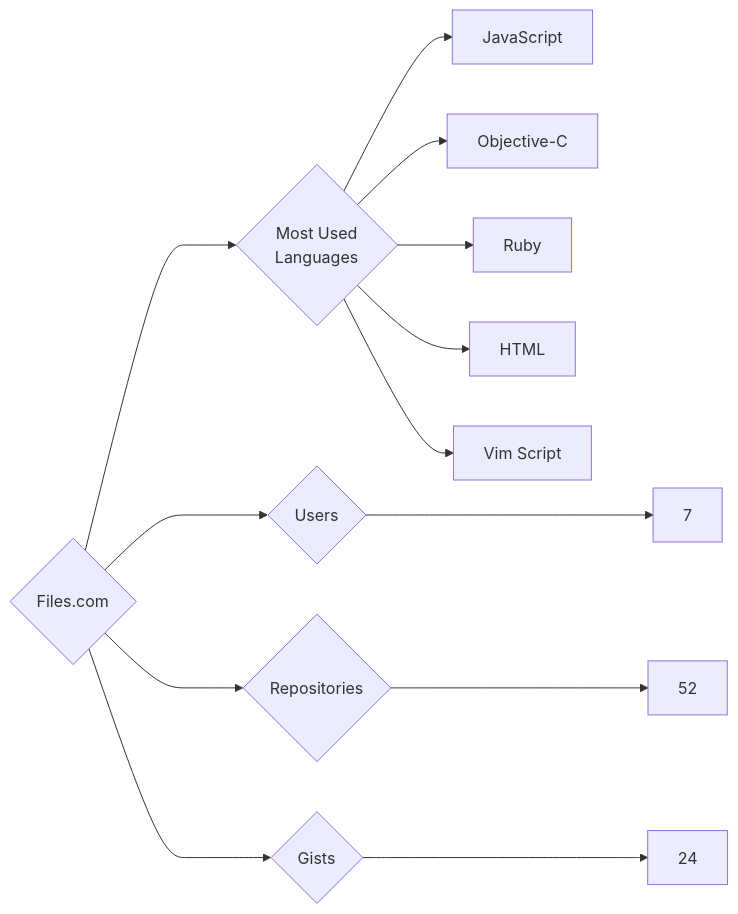
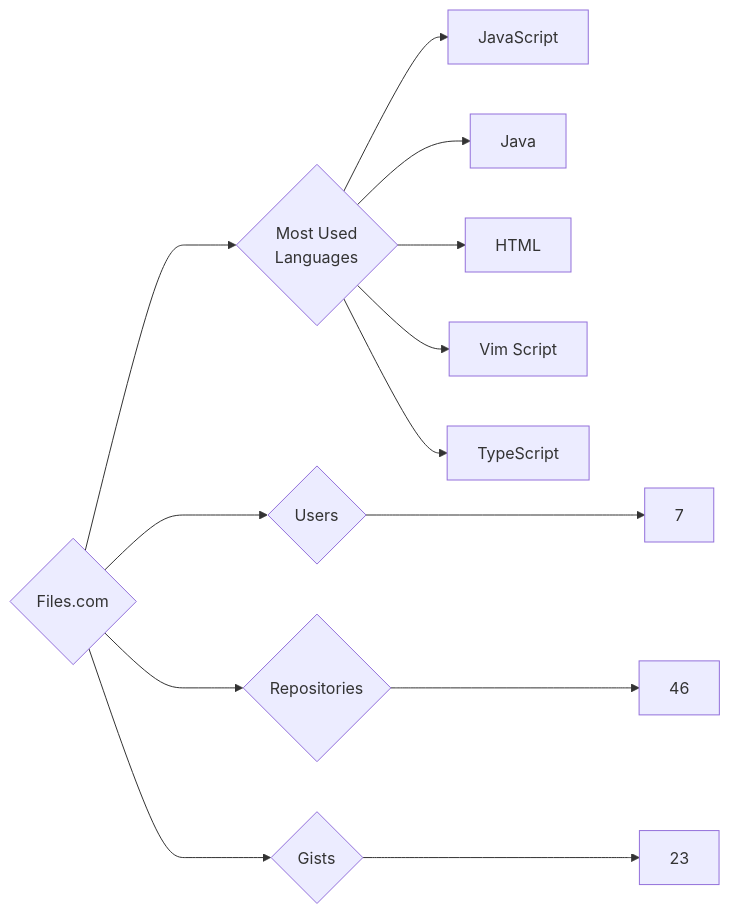
Before and after one commit to trickest/insiders: the diagram in targets/Files.com/README.md, drawn with Mermaid. The commit also changed 1166 other files, not shown here.

````diff
--- a/targets/Files.com/README.md
+++ b/targets/Files.com/README.md
@@ -3,13 +3,13 @@
 ```mermaid
 graph LR
 COMPANY_NAME{Files.com}
 COMPANY_NAME ---> U{Users} ---> UN[7]
-COMPANY_NAME ---> R{Repositories} ---> RN[52]
-COMPANY_NAME ---> G{Gists} ---> GN[24]
+COMPANY_NAME ---> R{Repositories} ---> RN[46]
+COMPANY_NAME ---> G{Gists} ---> GN[23]
 COMPANY_NAME ---> ML{Most Used<br>Languages}
 ML --> JavaScript[JavaScript]
-ML --> Objective-C[Objective-C]
-ML --> Ruby[Ruby]
+ML --> Java[Java]
 ML --> HTML[HTML]
 ML --> Vim_Script[Vim Script]
+ML --> TypeScript[TypeScript]
 ```
````
